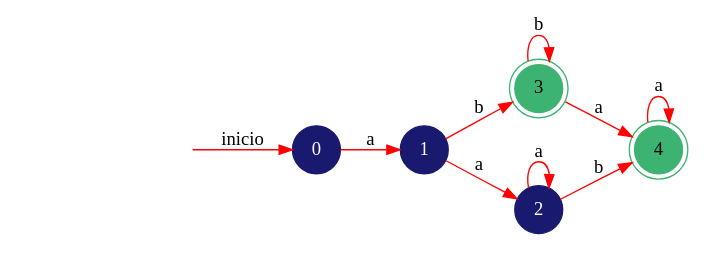
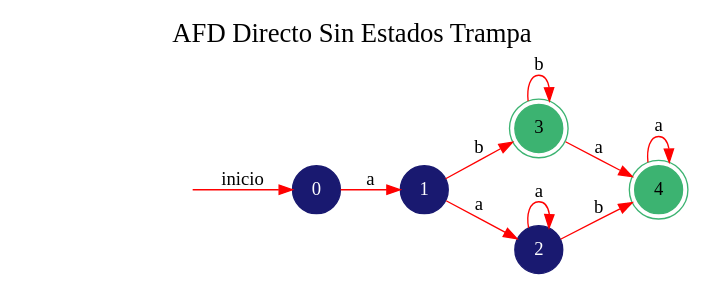
One commit to fcpauldiaz-archive/Automata changed the diagram in GeneracionAutomatas/DOT/AFD Directo Sin Estados Trampa.dot. Above: the diagram before and after it, drawn with Graphviz. The commit also changed 28 other files, not shown here.

```diff
--- a/GeneracionAutomatas/DOT/AFD Directo Sin Estados Trampa.dot
+++ b/GeneracionAutomatas/DOT/AFD Directo Sin Estados Trampa.dot
@@ -1,18 +1,18 @@
 digraph automata_finito {
 	rankdir=LR;
-	size="13,5"
+	graph [label="AFD Directo Sin Estados Trampa", labelloc=t, fontsize=20]; 
 	node [shape=doublecircle, style = filled,color = mediumseagreen]; 3 4;
 	node [shape=circle];
 	node [color=midnightblue,fontcolor=white];
 	edge [color=red];
-	 secret_node [style=invis];
+	secret_node [style=invis];
 	secret_node -> 0 [label="inicio"];
 	0 -> 1 [label="a"];
 	1 -> 2 [label="a"];
 	1 -> 3 [label="b"];
 	2 -> 2 [label="a"];
 	2 -> 4 [label="b"];
 	3 -> 4 [label="a"];
 	3 -> 3 [label="b"];
 	4 -> 4 [label="a"];
 }
```
